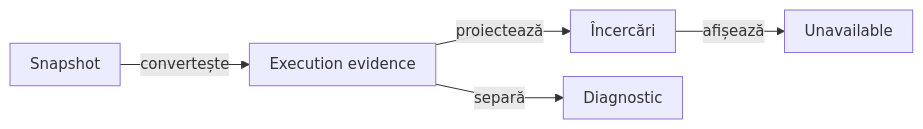
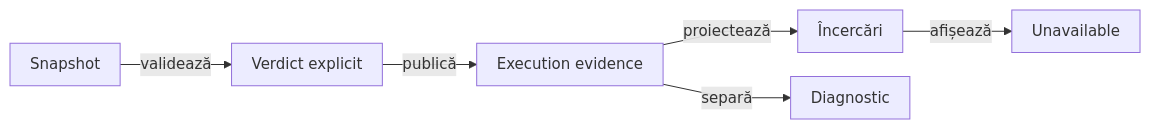
One commit to crististefanita/atf_j0 changed the fifth of 17 diagrams in atf-reporting/README.md. Above: the diagram before and after it, drawn with Mermaid. The commit also changed other lines of this file and 81 other files, not shown here.

Commit message:
Expand report evidence and execution coverage

````diff
--- a/atf-reporting/README.md
+++ b/atf-reporting/README.md
@@ -548,8 +631,9 @@
 ```mermaid
 %%{init: {"themeVariables":{"fontSize":"15px"},"themeCSS":".nodeLabel, .nodeLabel p { font-size: 15px !important; line-height: 1.35 !important; } .edgeLabel, .edgeLabel p { font-size: 12px !important; font-weight: 400 !important; line-height: 1.2 !important; } .edgeLabel .labelBkg, .edgeLabel p { background: transparent !important; } .edgeLabel foreignObject { transform: translateY(-18px); overflow: visible; } .node rect { rx: 6px; ry: 6px; }","flowchart":{"curve":"linear","nodeSpacing":24,"rankSpacing":40,"padding":10,"diagramPadding":16}}}%%
 flowchart LR
-    Snapshot["Snapshot"] -->|convertește| Evidence["Execution evidence"]
+    Snapshot["Snapshot"] -->|validează| Verdict["Verdict explicit"]
+    Verdict -->|publică| Evidence["Execution evidence"]
     Evidence -->|proiectează| History["Încercări"]
     Evidence -->|separă| Diagnostic["Diagnostic"]
     History -->|afișează| Missing["Unavailable"]
 ```
````
